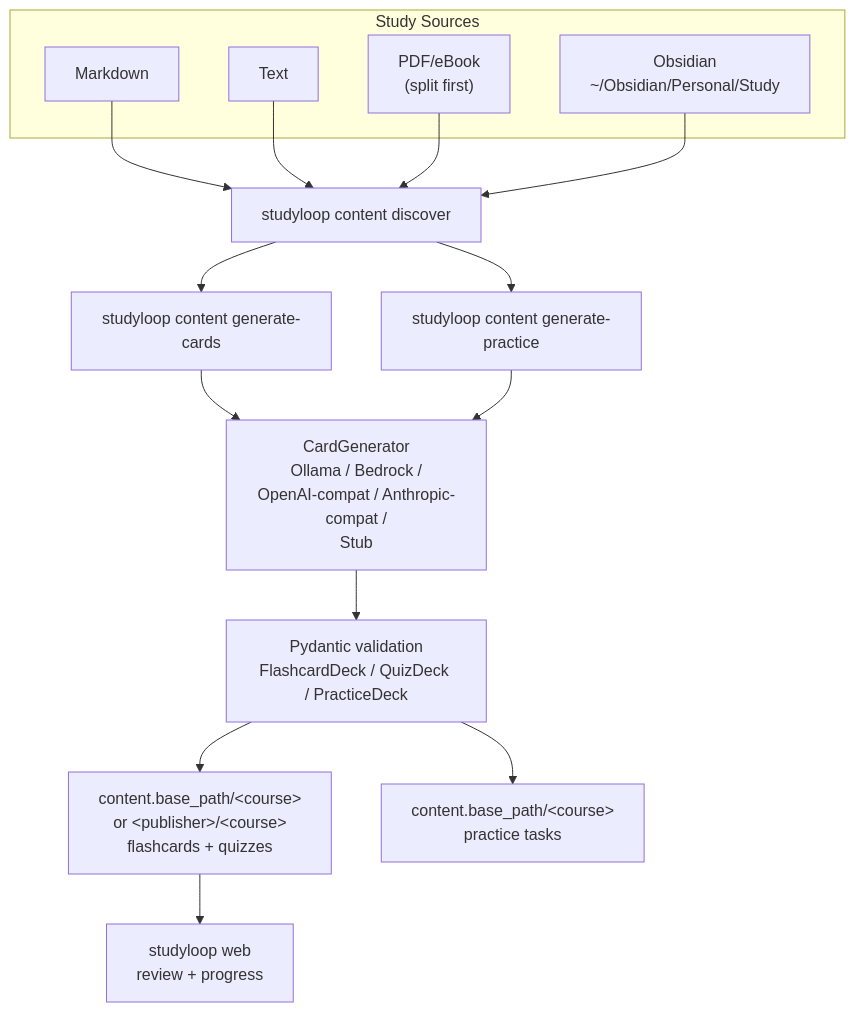
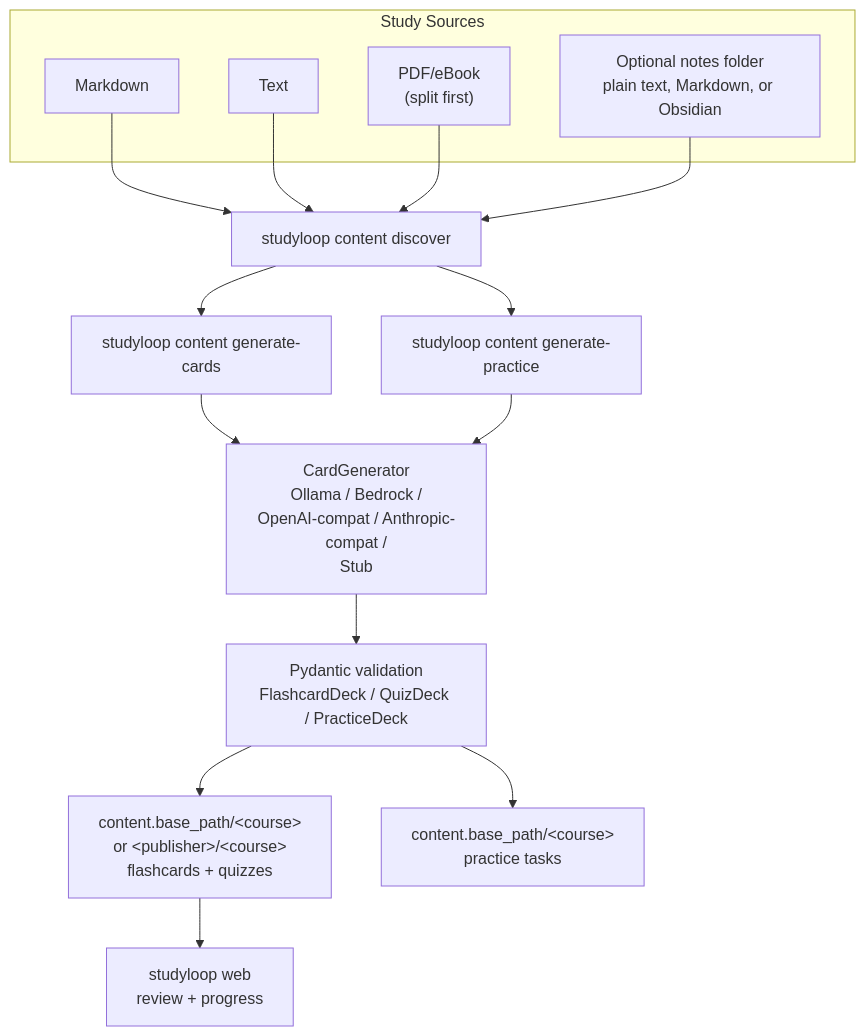
Before and after one commit to NetDevAutomate/StudyLoop: the first of 3 diagrams in docs/content-pipeline.md, drawn with Mermaid. The commit also changed other lines of this file and 25 other files, not shown here.

Commit message:
fix(onboarding): make notes optional everywhere

````diff
--- a/docs/content-pipeline.md
+++ b/docs/content-pipeline.md
@@ -17,31 +17,31 @@
 ```mermaid
 flowchart TB
     subgraph Sources["Study Sources"]
         MD["Markdown"]
         TXT["Text"]
         PDF["PDF/eBook<br/>(split first)"]
-        OBS["Obsidian<br/>~/Obsidian/Personal/Study"]
+        NOTES["Optional notes folder<br/>plain text, Markdown, or Obsidian"]
     end
 
     Discover["studyloop content discover"]
     Generate["studyloop content generate-cards"]
     Practice["studyloop content generate-practice"]
     Backend["CardGenerator<br/>Ollama / Bedrock /<br/>OpenAI-compat / Anthropic-compat /<br/>Stub"]
     Validate["Pydantic validation<br/>FlashcardDeck / QuizDeck / PracticeDeck"]
     Artefacts["content.base_path/&lt;course&gt;<br/>or &lt;publisher&gt;/&lt;course&gt;<br/>flashcards + quizzes"]
     PracticeArtefacts["content.base_path/&lt;course&gt;<br/>practice tasks"]
     Web["studyloop web<br/>review + progress"]
 
     MD --> Discover
     TXT --> Discover
     PDF --> Discover
-    OBS --> Discover
+    NOTES --> Discover
     Discover --> Generate
     Discover --> Practice
     Generate --> Backend
     Practice --> Backend
     Backend --> Validate
     Validate --> Artefacts
     Validate --> PracticeArtefacts
     Artefacts --> Web
 ```
````
